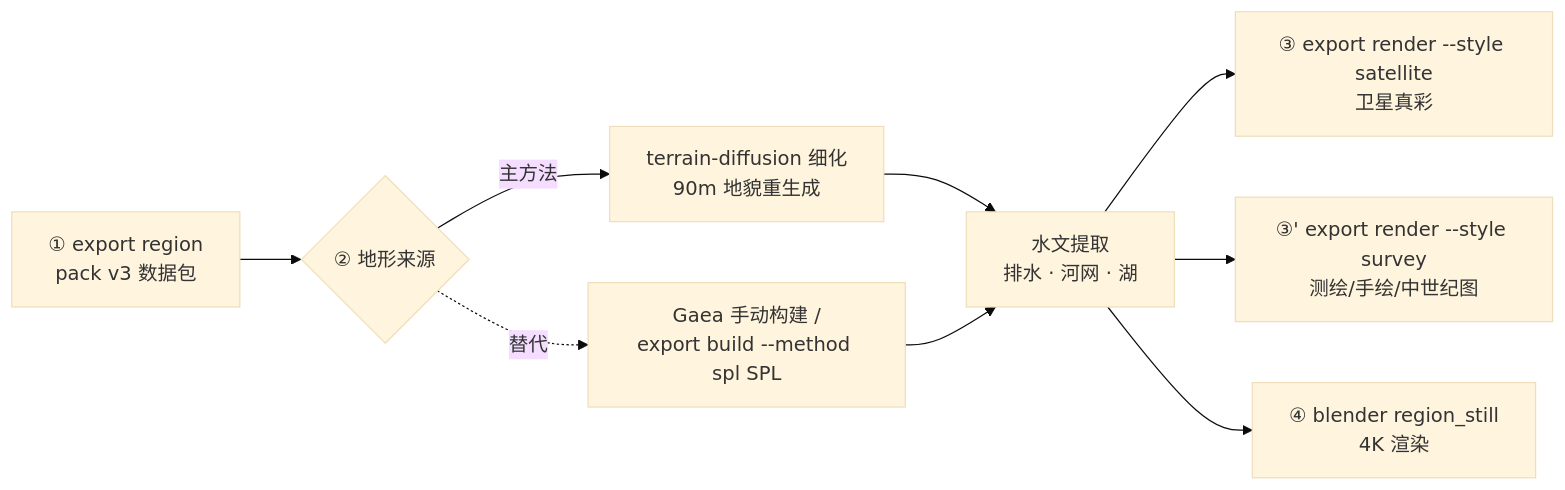
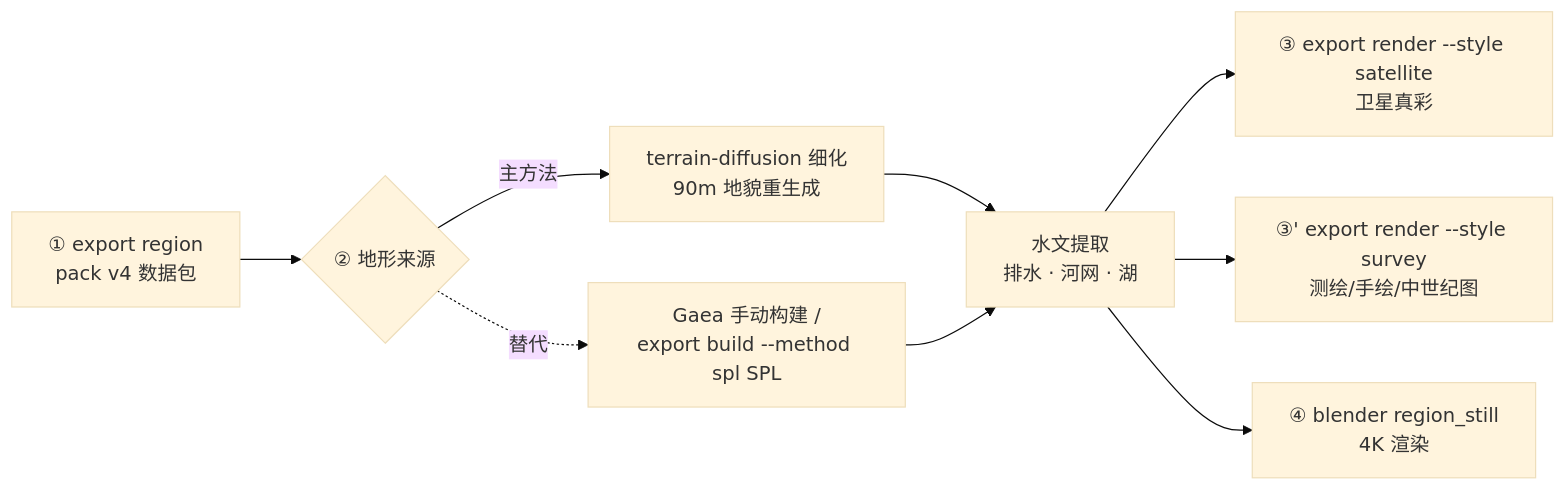
The diagram in docs/usage/terrain-chain.md (fyabc/dreamulator), drawn with Mermaid (base theme) before and after one commit. The commit also changed other lines of this file and 2 other files, not shown here.

Commit message:
docs(usage): 修正 CLI 收敛后的残留命令引用与 pack 口径
terrain-chain 的 QA 段落仍写着已移除的 export refine/carto，改为
export region/build/render；地形链、Gaea 链与 cli 文档中“pack v3 起”
的历史表述改为当前状态（v4 数据包），保持文档只描述现行设定。

````diff
--- a/docs/usage/terrain-chain.md
+++ b/docs/usage/terrain-chain.md
@@ -46,11 +46,11 @@
 ```mermaid
 flowchart LR
-    A[① export region<br/>pack v3 数据包] --> B{② 地形来源}
+    A[① export region<br/>pack v4 数据包] --> B{② 地形来源}
     B -->|主方法| C[terrain-diffusion 细化<br/>90m 地貌重生成]
     B -.->|替代| D[Gaea 手动构建 /<br/>export build --method spl SPL]
     C --> E[水文提取<br/>排水 · 河网 · 湖]
     D --> E
     E --> F[③ export render --style satellite<br/>卫星真彩]
     E --> G[③' export render --style survey<br/>测绘/手绘/中世纪图]
     E --> H[④ blender region_still<br/>4K 渲染]
 ```
````
